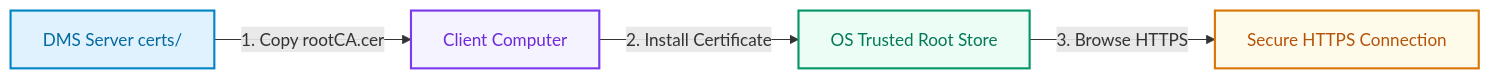
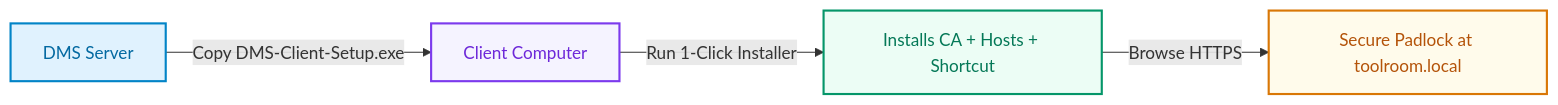
One commit to sauryah/dms-o2 changed the second of 2 diagrams in README.md. Above: the diagram before and after it, drawn with Mermaid. The commit also changed other lines of this file and 2 other files, not shown here.

Commit message:
docs: update README and dev state with standalone client setup, network doctor, and autostart guide

````diff
--- a/README.md
+++ b/README.md
@@ -523,11 +528,11 @@
 ```mermaid
 graph LR
-    Server[DMS Server certs/] -->|1. Copy rootCA.cer| Client[Client Computer]
-    Client -->|2. Install Certificate| TrustStore[OS Trusted Root Store]
-    TrustStore -->|3. Browse HTTPS| SecureConn[Secure HTTPS Connection]
+    Server[DMS Server] -->|Copy DMS-Client-Setup.exe| Client[Client Computer]
+    Client -->|Run 1-Click Installer| Config[Installs CA + Hosts + Shortcut]
+    Config -->|Browse HTTPS| SecureConn[Secure Padlock at toolroom.local]
     
     style Server fill:#e0f2fe,stroke:#0284c7,stroke-width:2px,color:#0369a1;
     style Client fill:#f5f3ff,stroke:#7c3aed,stroke-width:2px,color:#6d28d9;
-    style TrustStore fill:#ecfdf5,stroke:#059669,stroke-width:2px,color:#047857;
+    style Config fill:#ecfdf5,stroke:#059669,stroke-width:2px,color:#047857;
     style SecureConn fill:#fffbeb,stroke:#d97706,stroke-width:2px,color:#b45309;
 ```
````
